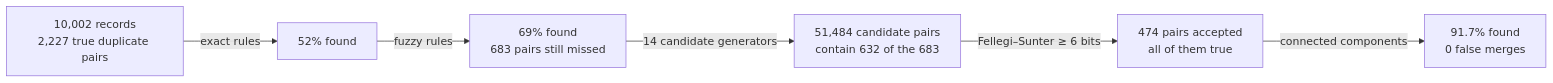
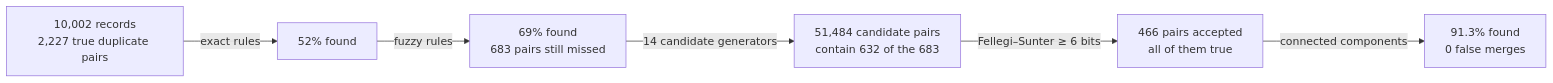
The diagram in README.md (mvsbm/entity_matching), drawn with Mermaid before and after one commit. The commit also changed other lines of this file and 19 other files, not shown here.

````diff
--- a/README.md
+++ b/README.md
@@ -47,8 +47,8 @@
 ```mermaid
 flowchart LR
   A["10,002 records<br/>2,227 true duplicate pairs"] -->|"exact rules"| B["52% found"]
   B -->|"fuzzy rules"| C["69% found<br/>683 pairs still missed"]
   C -->|"14 candidate generators"| D["51,484 candidate pairs<br/>contain 632 of the 683"]
-  D -->|"Fellegi–Sunter ≥ 6 bits"| E["474 pairs accepted<br/>all of them true"]
-  E -->|"connected components"| F["91.7% found<br/>0 false merges"]
+  D -->|"Fellegi–Sunter ≥ 6 bits"| E["466 pairs accepted<br/>all of them true"]
+  E -->|"connected components"| F["91.3% found<br/>0 false merges"]
 ```
````
